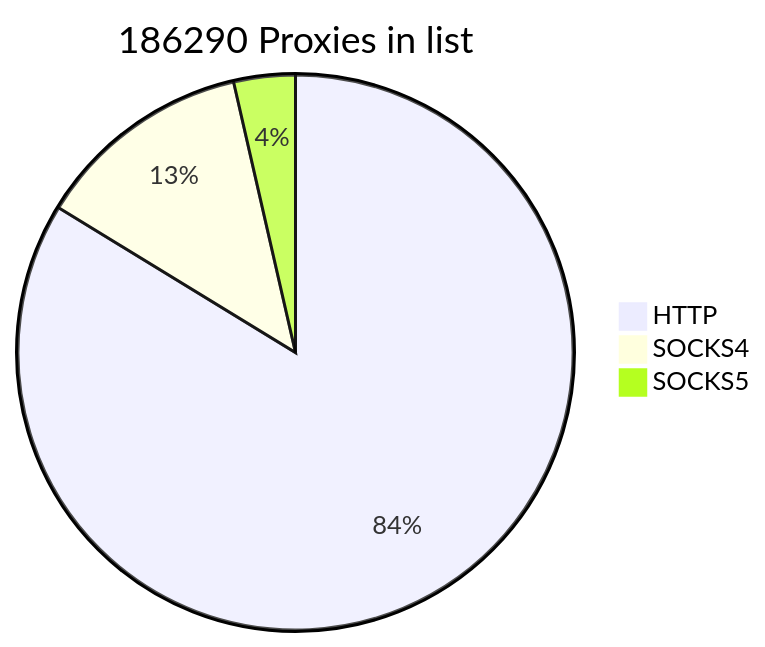
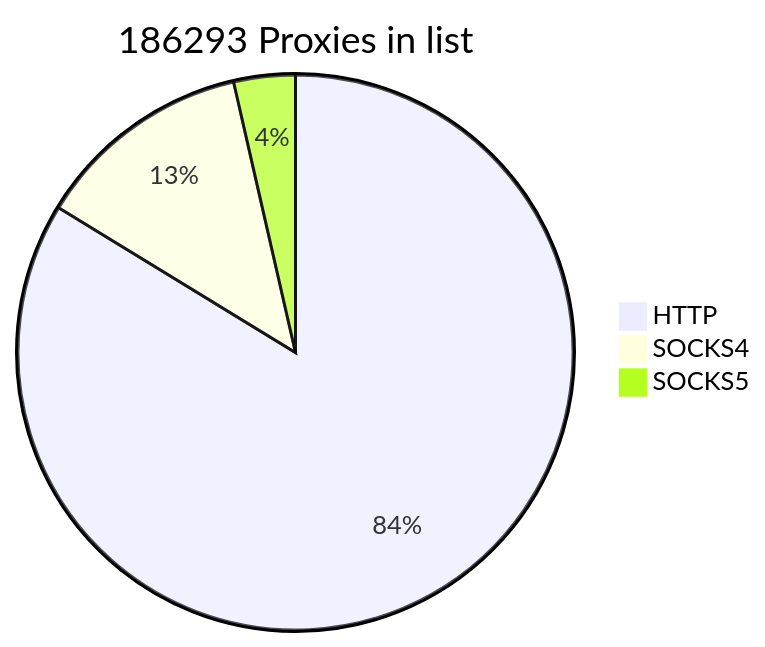
One commit to cutipu/proxylist changed the first of 2 diagrams in README.md. Above: the diagram before and after it, drawn with Mermaid. The commit also changed other lines of this file, not shown here.

````diff
--- a/README.md
+++ b/README.md
@@ -2,7 +2,7 @@
 ```mermaid
-pie title 186290 Proxies in list
-    "HTTP" : 155984
+pie title 186293 Proxies in list
+    "HTTP" : 155987
     "SOCKS4" : 23636
     "SOCKS5" : 6670
             
 ```
````
